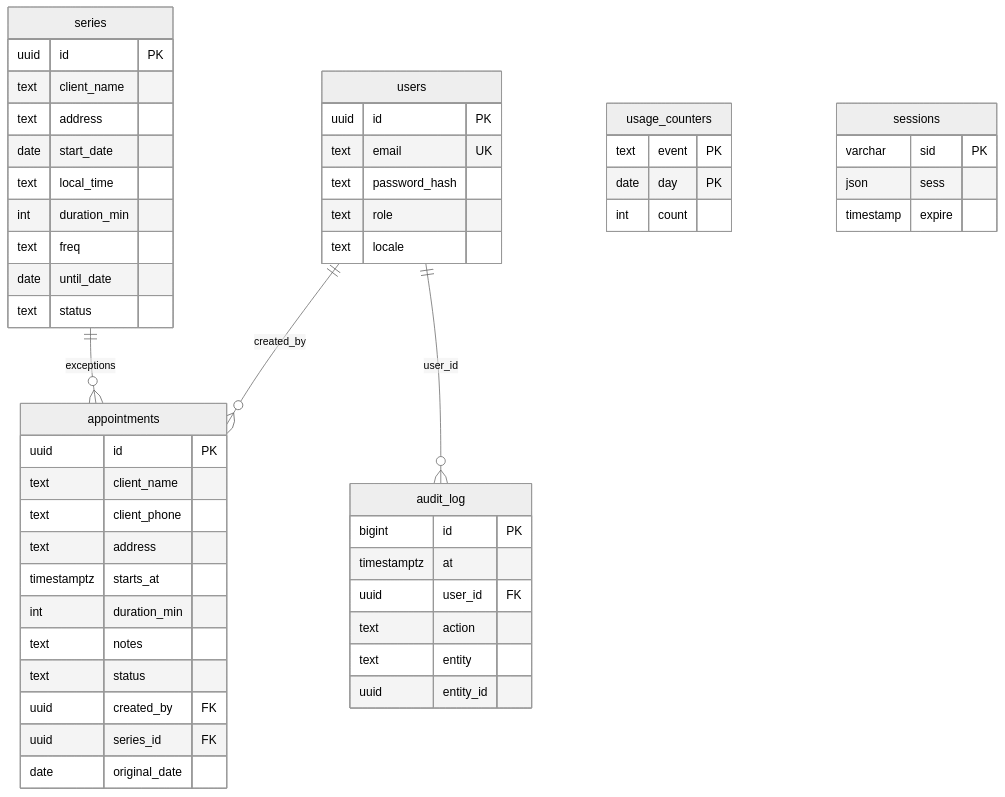
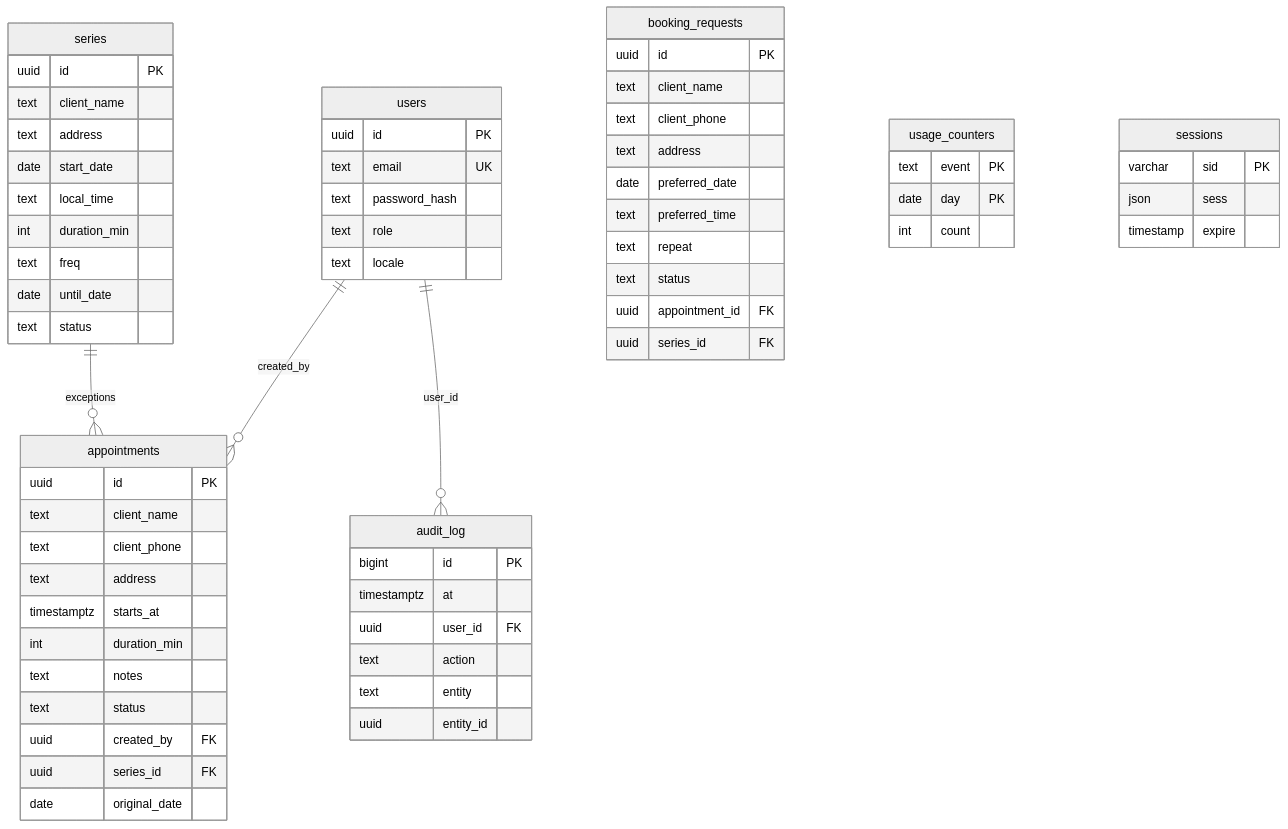
One commit to Barrientosgers/anyger-housekeeping changed the second of 2 diagrams in docs/architecture.md. Above: the diagram before and after it, drawn with Mermaid (neutral theme). The commit also changed other lines of this file and 20 other files, not shown here.

````diff
--- a/docs/architecture.md
+++ b/docs/architecture.md
@@ -38,55 +38,67 @@
 ```mermaid
 erDiagram
   users ||--o{ appointments : created_by
   series ||--o{ appointments : exceptions
   users ||--o{ audit_log : user_id
   users {
     uuid id PK
     text email UK
     text password_hash
     text role
     text locale
+  }
+  booking_requests {
+    uuid id PK
+    text client_name
+    text client_phone
+    text address
+    date preferred_date
+    text preferred_time
+    text repeat
+    text status
+    uuid appointment_id FK
+    uuid series_id FK
   }
   appointments {
     uuid id PK
     text client_name
     text client_phone
     text address
     timestamptz starts_at
     int duration_min
     text notes
     text status
     uuid created_by FK
     uuid series_id FK
     date original_date
   }
   series {
     uuid id PK
     text client_name
     text address
     date start_date
     text local_time
     int duration_min
     text freq
     date until_date
     text status
   }
   audit_log {
     bigint id PK
     timestamptz at
     uuid user_id FK
     text action
     text entity
     uuid entity_id
   }
   usage_counters {
     text event PK
     date day PK
     int count
   }
   sessions {
     varchar sid PK
     json sess
     timestamp expire
   }
 ```
````
